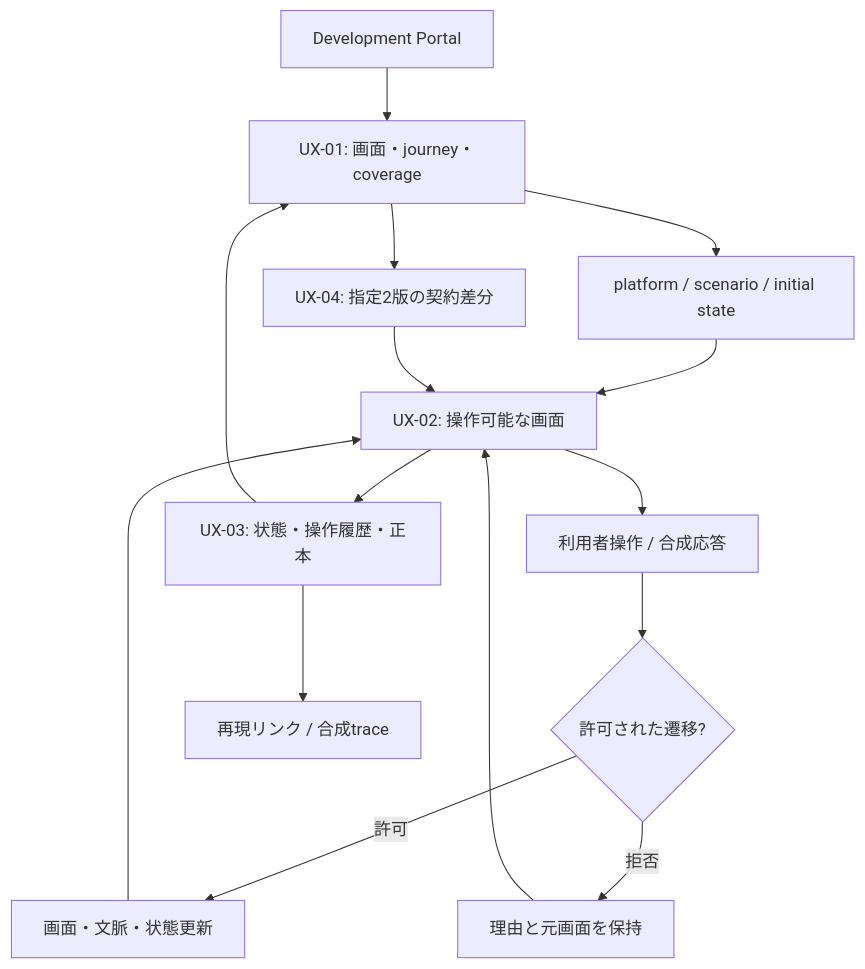
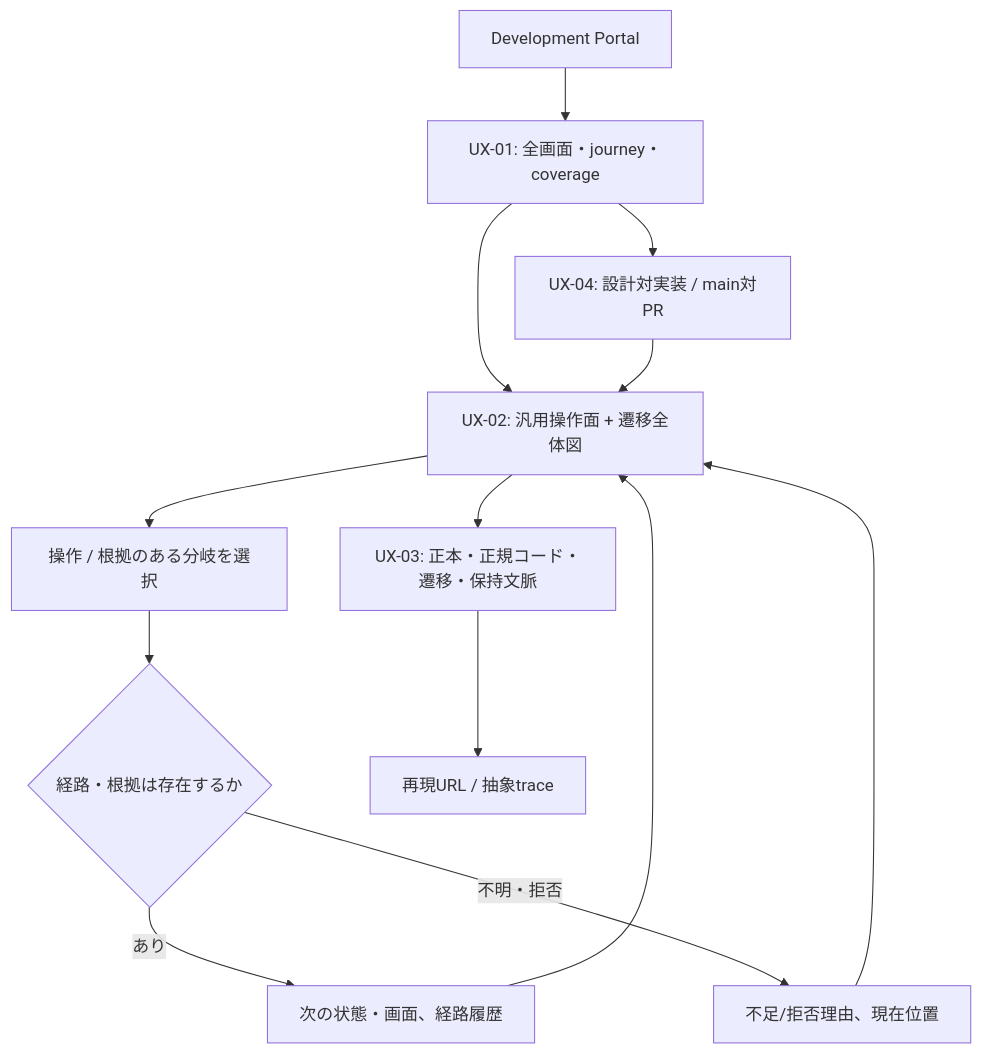
The second of 2 diagrams in docs/design/UX-SIMULATOR-CONTRACT.md (yohn-jp/codexia), drawn with Mermaid before and after one commit. The commit also changed other lines of this file and 4 other files, not shown here.

````diff
--- a/docs/design/UX-SIMULATOR-CONTRACT.md
+++ b/docs/design/UX-SIMULATOR-CONTRACT.md
@@ -63,17 +68,15 @@
 ```mermaid
 flowchart TD
-  HOME["Development Portal"] --> INDEX["UX-01: 画面・journey・coverage"]
-  INDEX --> SELECT["platform / scenario / initial state"]
-  SELECT --> PLAY["UX-02: 操作可能な画面"]
-  PLAY --> EVENT["利用者操作 / 合成応答"]
-  EVENT --> GUARD{"許可された遷移?"}
-  GUARD -->|許可| NEXT["画面・文脈・状態更新"]
-  GUARD -->|拒否| ERR["理由と元画面を保持"]
+  HOME["Development Portal"] --> INDEX["UX-01: 全画面・journey・coverage"]
+  INDEX --> PLAY["UX-02: 汎用操作面 + 遷移全体図"]
+  PLAY --> PICK["操作 / 根拠のある分岐を選択"]
+  PICK --> STATUS{"経路・根拠は存在するか"}
+  STATUS -->|あり| NEXT["次の状態・画面、経路履歴"]
+  STATUS -->|不明・拒否| BLOCK["不足/拒否理由、現在位置"]
   NEXT --> PLAY
-  ERR --> PLAY
-  PLAY --> INSPECT["UX-03: 状態・操作履歴・正本"]
-  INSPECT --> SHARE["再現リンク / 合成trace"]
-  INSPECT --> INDEX
-  INDEX --> COMP["UX-04: 指定2版の契約差分"]
+  BLOCK --> PLAY
+  PLAY --> INSPECT["UX-03: 正本・正規コード・遷移・保持文脈"]
+  INSPECT --> SHARE["再現URL / 抽象trace"]
+  INDEX --> COMP["UX-04: 設計対実装 / main対PR"]
   COMP --> PLAY
 ```
````
